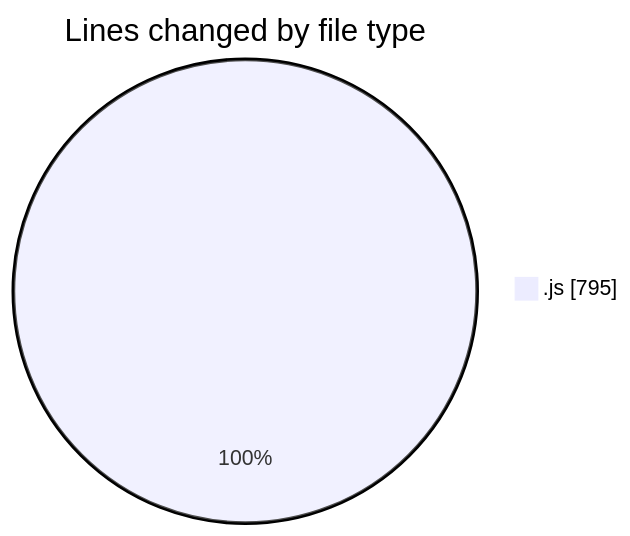
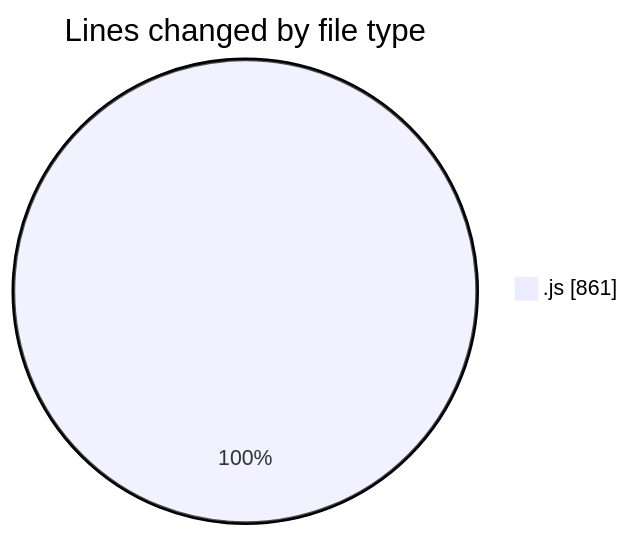
Before and after one commit to nxtqubesakshisongat/code-tracking: the first of 2 diagrams in 2025-05-30/nxtqube_webapp/README.md, drawn with Mermaid. The commit also changed other lines of this file and 1 other file, not shown here.

````diff
--- a/2025-05-30/nxtqube_webapp/README.md
+++ b/2025-05-30/nxtqube_webapp/README.md
@@ -23,5 +24,5 @@
 ```mermaid
 pie showData
 title Lines changed by file type
-".js" : 795
+".js" : 861
 ```
````
